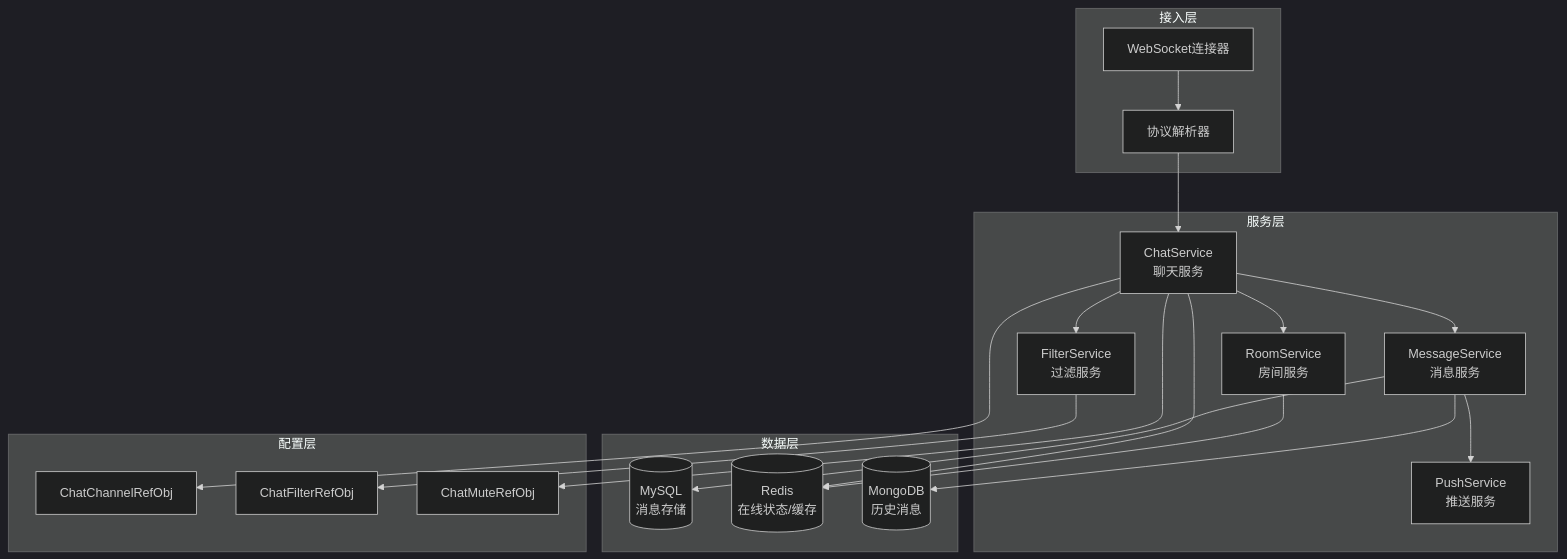
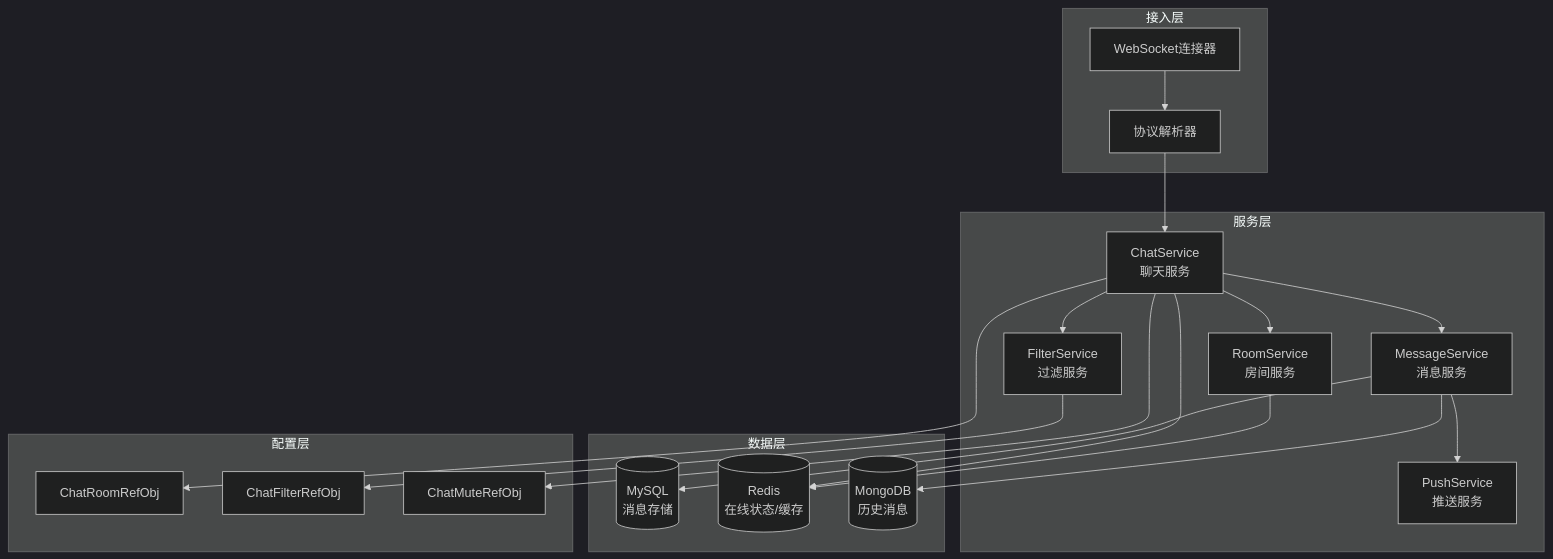
The first of 5 diagrams in docs/Module_Chat/04_服务端开发.md (Alan-Ben/k2c_game_framework), drawn with Mermaid (dark theme) before and after one commit. The commit also changed other lines of this file and 32 other files, not shown here.

````diff
--- a/docs/Module_Chat/04_服务端开发.md
+++ b/docs/Module_Chat/04_服务端开发.md
@@ -21,43 +21,43 @@
 ```mermaid
 graph TB
     subgraph 接入层
         A[WebSocket连接器]
         B[协议解析器]
     end
 
     subgraph 服务层
         C[ChatService<br/>聊天服务]
         D[RoomService<br/>房间服务]
         E[MessageService<br/>消息服务]
         F[FilterService<br/>过滤服务]
         G[PushService<br/>推送服务]
     end
 
     subgraph 数据层
         H[(MySQL<br/>消息存储)]
         I[(Redis<br/>在线状态/缓存)]
         J[(MongoDB<br/>历史消息)]
     end
 
     subgraph 配置层
-        K[ChatChannelRefObj]
+        K[ChatRoomRefObj]
         L[ChatFilterRefObj]
         M[ChatMuteRefObj]
     end
 
     A --> B
     B --> C
     C --> D
     C --> E
     C --> F
     E --> G
 
     D --> I
     E --> H
     E --> J
     C --> I
 
     C --> K
     F --> L
     C --> M
 ```
````
